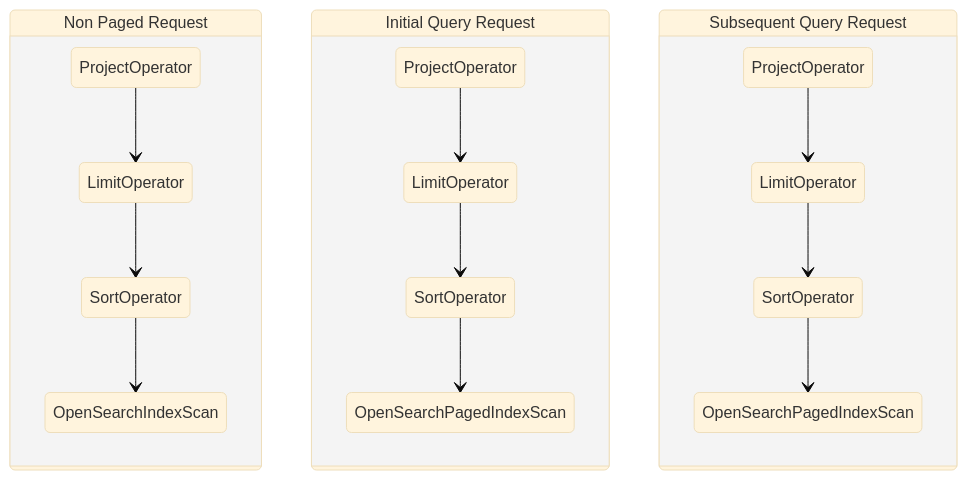
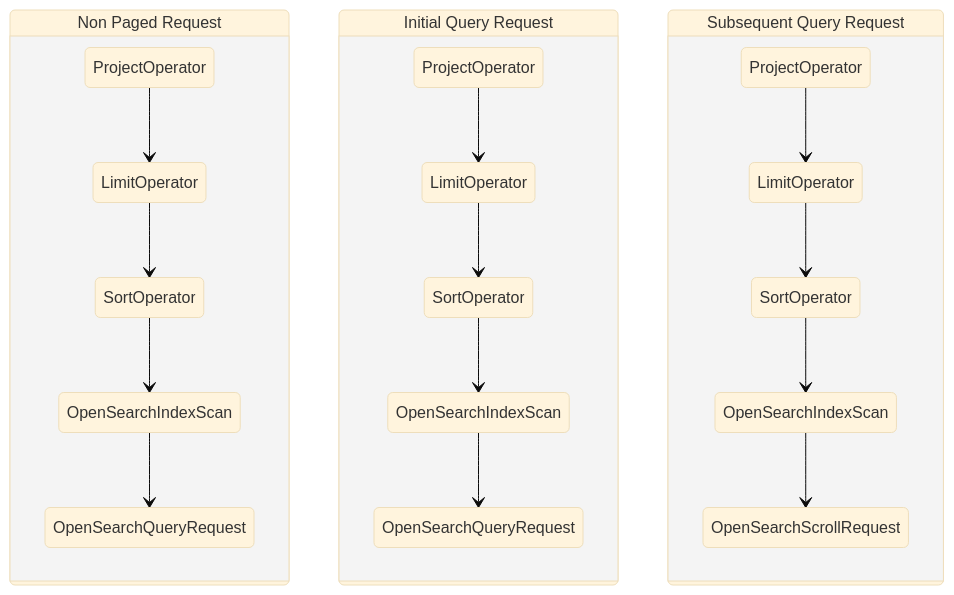
Before and after one commit to opensearch-project/sql: the tenth of 18 diagrams in docs/dev/Pagination-v2.md, drawn with Mermaid (base theme). The commit also changed other lines of this file, not shown here.

````diff
--- a/docs/dev/Pagination-v2.md
+++ b/docs/dev/Pagination-v2.md
@@ -419,35 +364,41 @@
 ```mermaid
 stateDiagram-v2
   state "Non Paged Request" as NonPaged {
     state "ProjectOperator" as ProjectNP
     state "LimitOperator" as LimitNP
     state "SortOperator" as SortNP
     state "OpenSearchIndexScan" as RelationNP
+    state "OpenSearchQueryRequest" as QRequestNP
 
     ProjectNP --> LimitNP
     LimitNP --> SortNP
     SortNP --> RelationNP
+    RelationNP --> QRequestNP
   }
 
   state "Initial Query Request" as Paged {
     state "ProjectOperator" as ProjectIP
     state "LimitOperator" as LimitIP
     state "SortOperator" as SortIP
-    state "OpenSearchPagedIndexScan" as RelationIP
+    state "OpenSearchIndexScan" as RelationIP
+    state "OpenSearchQueryRequest" as QRequestIP
 
     ProjectIP --> LimitIP
     LimitIP --> SortIP
     SortIP --> RelationIP
+    RelationIP --> QRequestIP
   }
 
   state "Subsequent Query Request" As Sub {
     state "ProjectOperator" as ProjectSP
     state "LimitOperator" as LimitSP
     state "SortOperator" as SortSP
-    state "OpenSearchPagedIndexScan" as RelationSP
+    state "OpenSearchIndexScan" as RelationSP
+    state "OpenSearchScrollRequest" as RequestSP
 
     ProjectSP --> LimitSP
     LimitSP --> SortSP
     SortSP --> RelationSP
+    RelationSP --> RequestSP
   }
 ```
````
